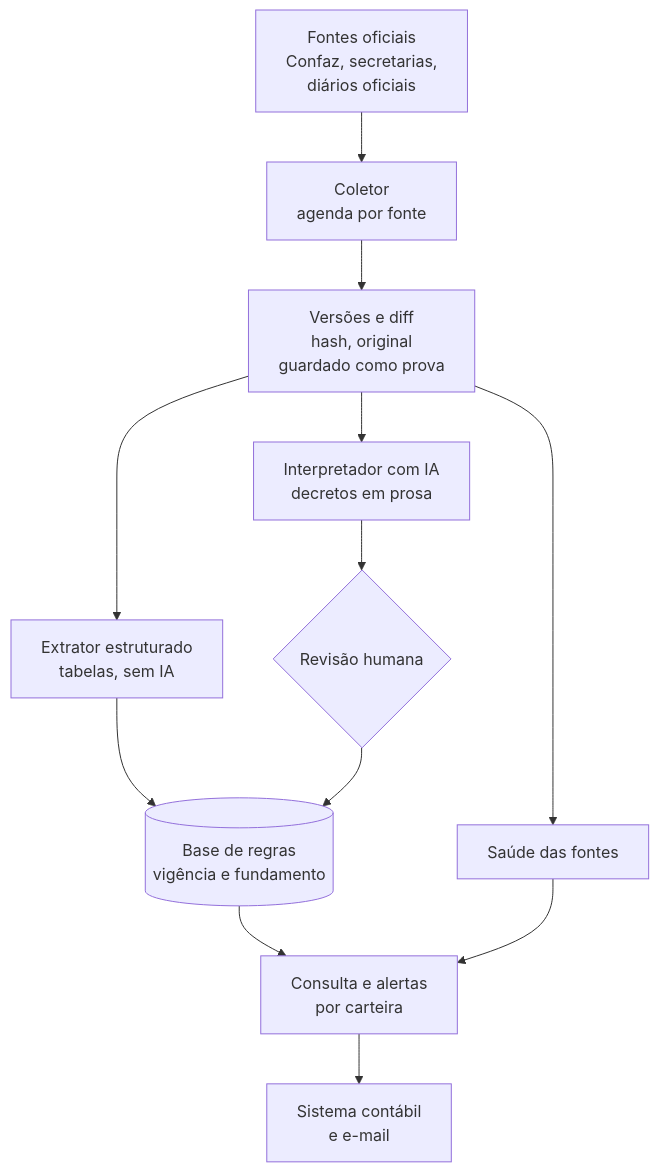
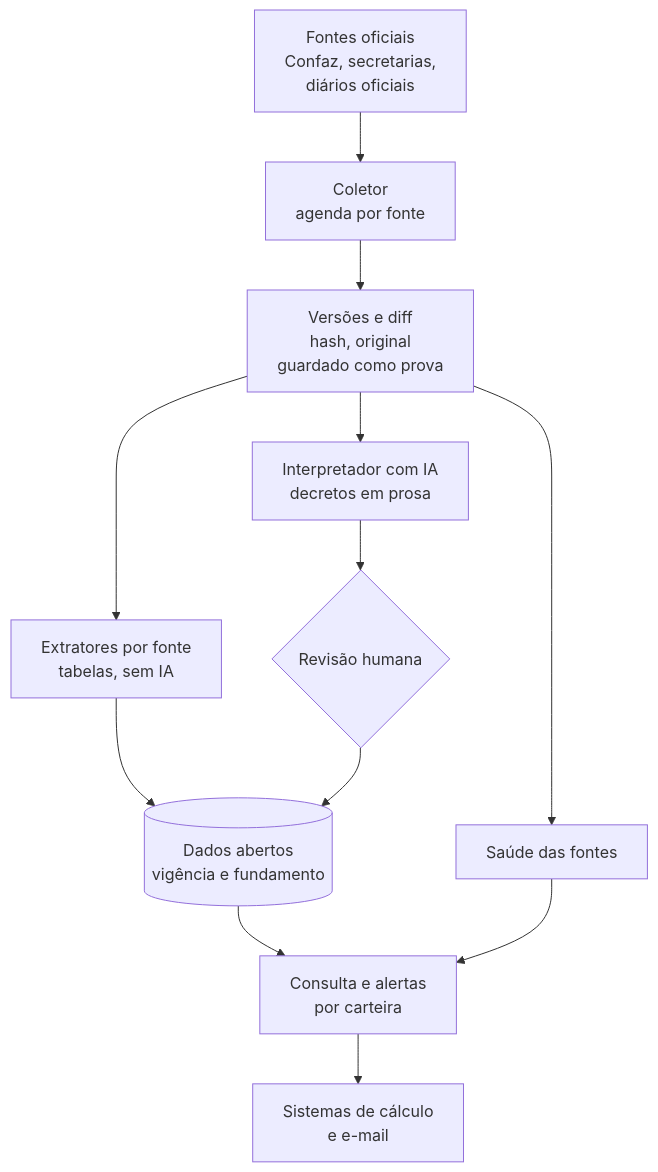
The second of 2 diagrams in cases/icms-st.md (thiagogardev/thiagogardev.github.io), drawn with Mermaid before and after one commit. The commit also changed other lines of this file and 3 other files, not shown here.

````diff
--- a/cases/icms-st.md
+++ b/cases/icms-st.md
@@ -61,14 +61,14 @@
 ```mermaid
 flowchart TB
   F[Fontes oficiais<br/>Confaz, secretarias,<br/>diários oficiais] --> C[Coletor<br/>agenda por fonte]
   C --> V[Versões e diff<br/>hash, original<br/>guardado como prova]
-  V --> E[Extrator estruturado<br/>tabelas, sem IA]
+  V --> E[Extratores por fonte<br/>tabelas, sem IA]
   V --> I[Interpretador com IA<br/>decretos em prosa]
   I --> R{Revisão humana}
-  E --> B[(Base de regras<br/>vigência e fundamento)]
-  R --> B
+  E --> D[(Dados abertos<br/>vigência e fundamento)]
+  R --> D
   V --> S[Saúde das fontes]
-  B --> A[Consulta e alertas<br/>por carteira]
+  D --> A[Consulta e alertas<br/>por carteira]
   S --> A
-  A --> X[Sistema contábil<br/>e e-mail]
+  A --> X[Sistemas de cálculo<br/>e e-mail]
 ```
````
